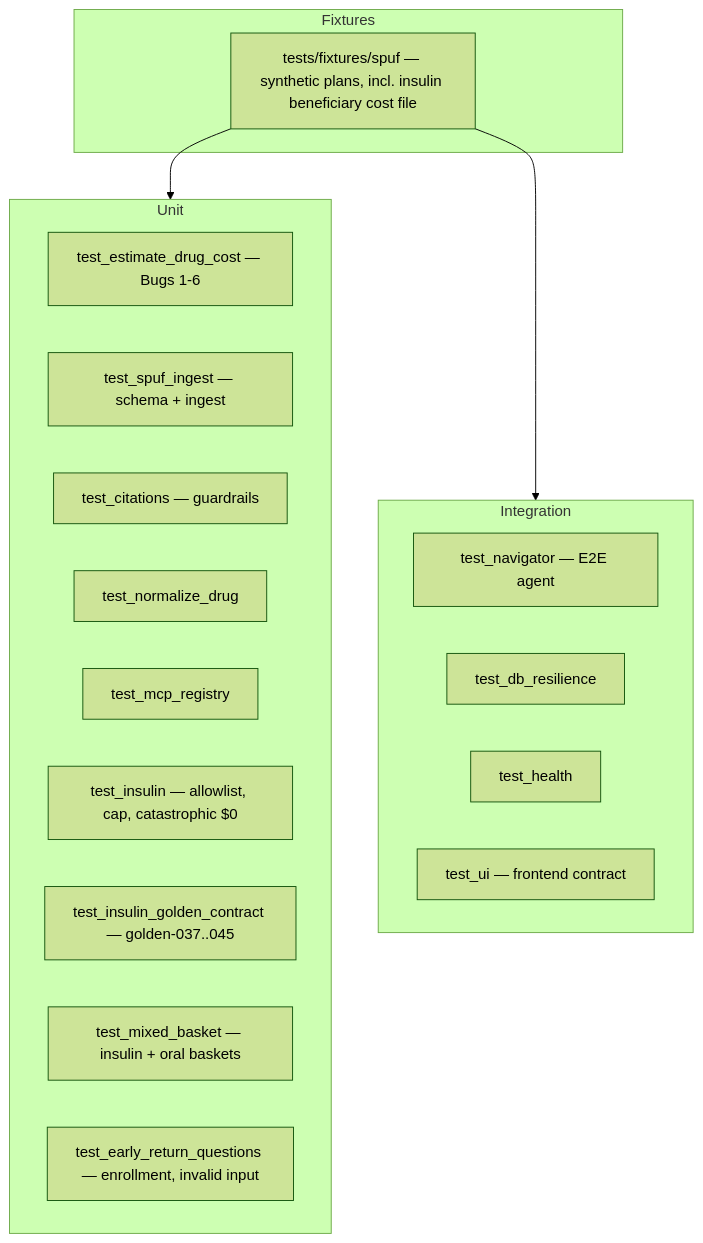
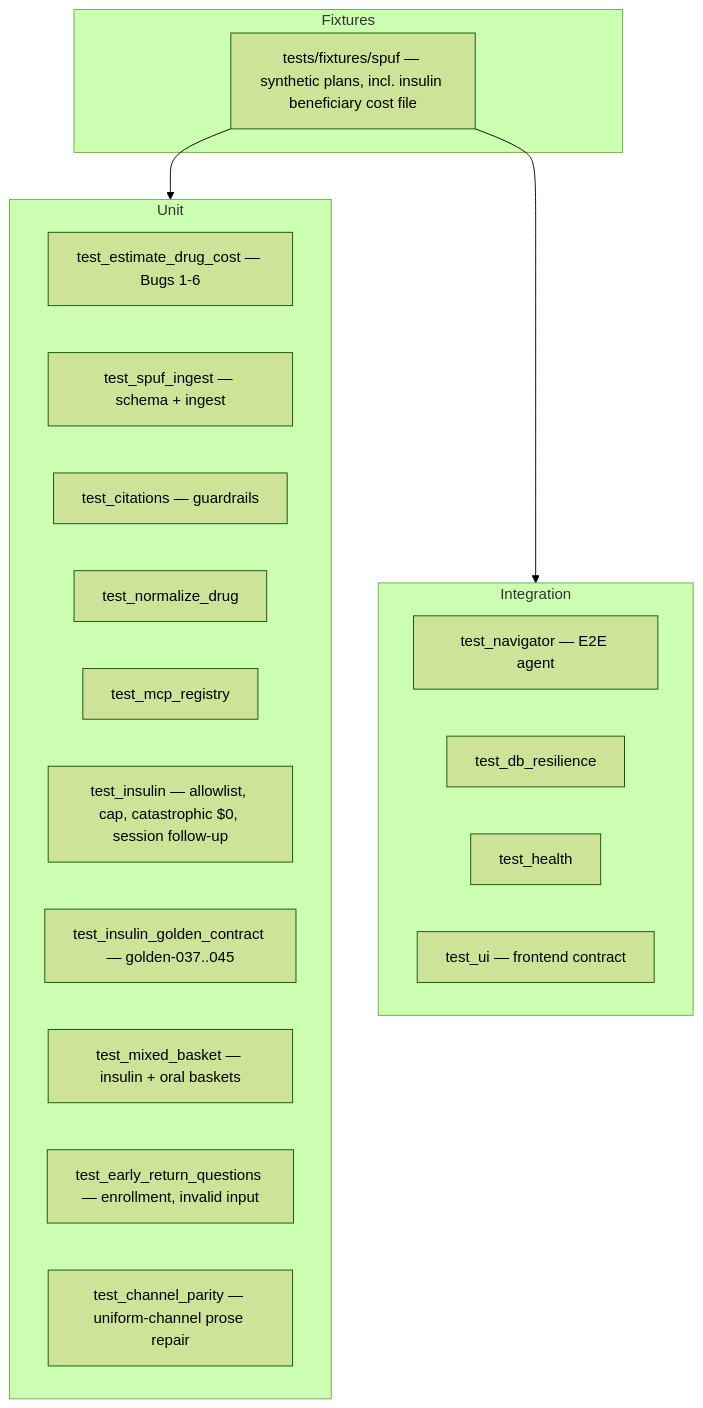
One commit to SreeCodes2021/Medicare-drug-cost-navigator changed diagram 11 of 11 in docs/developer-guide.md. Above: the diagram before and after it, drawn with Mermaid (forest theme). The commit also changed other lines of this file and 39 other files, not shown here.

````diff
--- a/docs/developer-guide.md
+++ b/docs/developer-guide.md
@@ -1045,24 +1125,25 @@
 ```mermaid
 flowchart TB
     subgraph Unit
         T1[test_estimate_drug_cost — Bugs 1-6]
         T2[test_spuf_ingest — schema + ingest]
         T3[test_citations — guardrails]
         T4[test_normalize_drug]
         T5[test_mcp_registry]
-        T10[test_insulin — allowlist, cap, catastrophic $0]
+        T10[test_insulin — allowlist, cap, catastrophic $0, session follow-up]
         T11[test_insulin_golden_contract — golden-037..045]
         T12[test_mixed_basket — insulin + oral baskets]
         T13[test_early_return_questions — enrollment, invalid input]
+        T14[test_channel_parity — uniform-channel prose repair]
     end
     subgraph Integration
         T6[test_navigator — E2E agent]
         T7[test_db_resilience]
         T8[test_health]
         T9[test_ui — frontend contract]
     end
     subgraph Fixtures
         F[tests/fixtures/spuf — synthetic plans, incl. insulin beneficiary cost file]
     end
     F --> Unit & Integration
 ```
````
